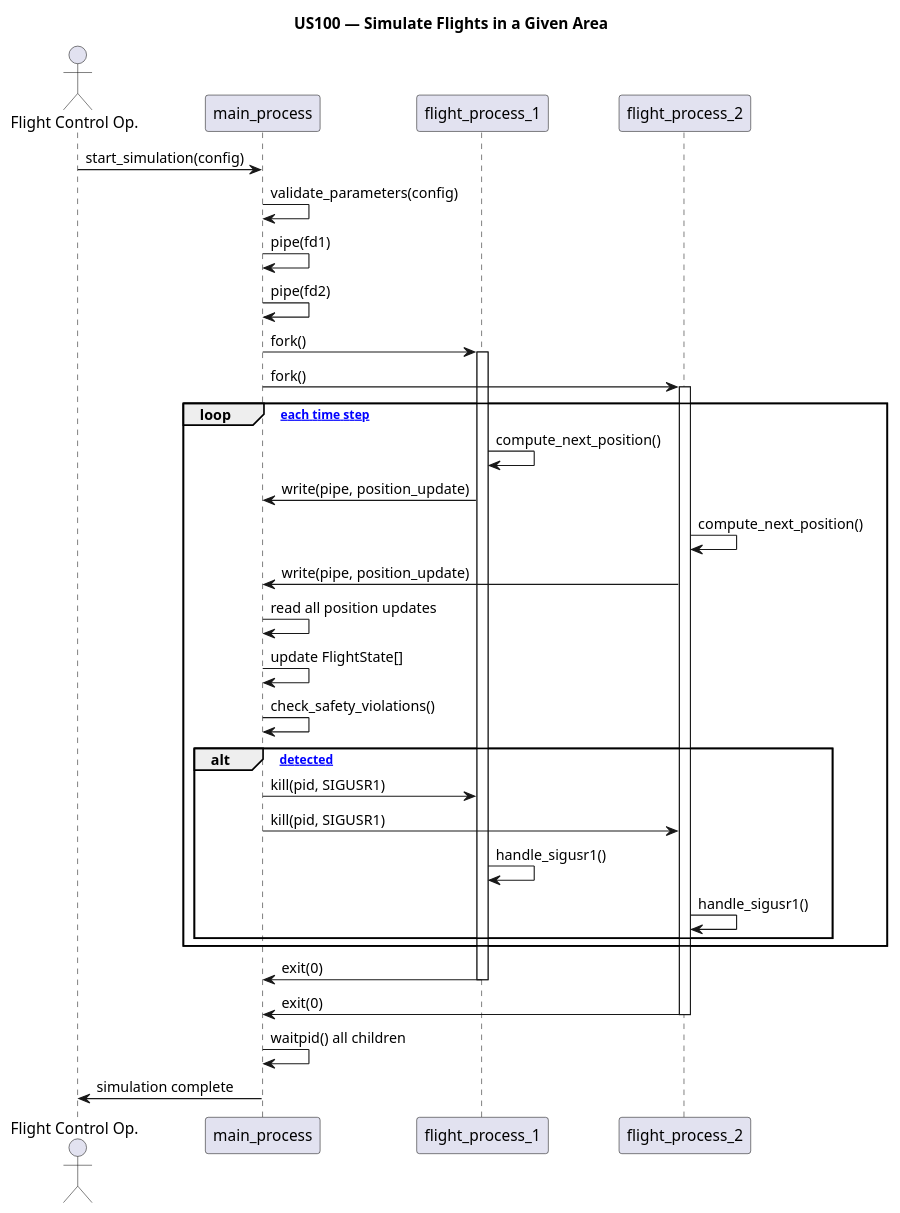
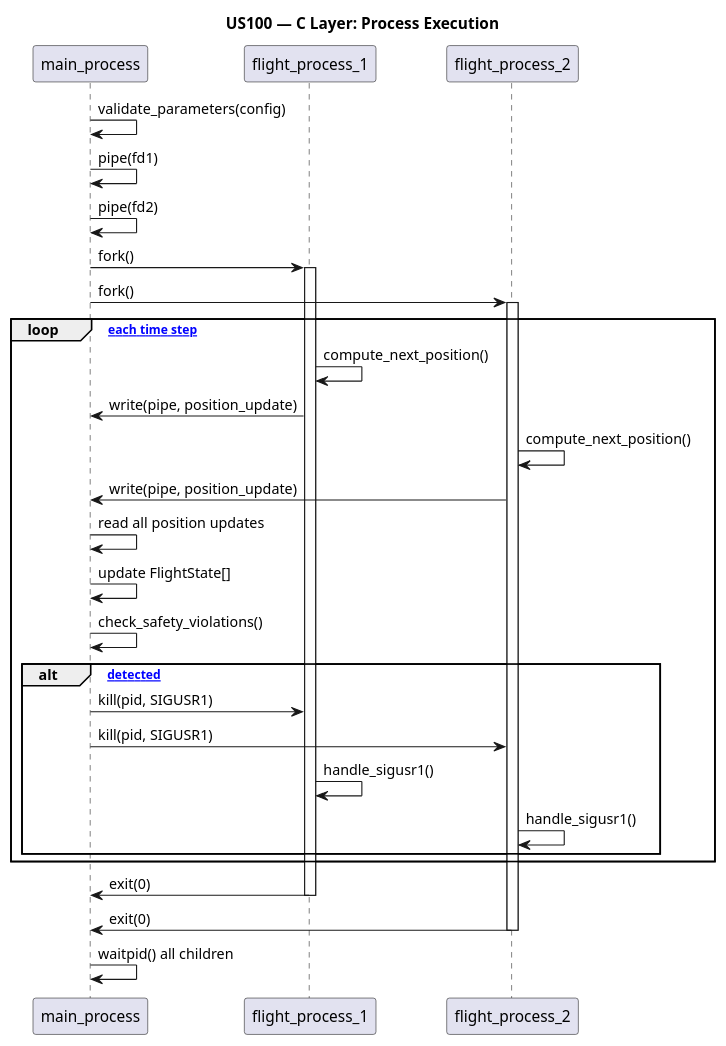
One commit to DuartePinto1240/sem4pi2526-sem4pi2526_2da2 changed the fourth of 4 diagrams in docs/Sprint 2/SCOMP/US100/US0100.md. Above: the diagram before and after it, drawn with PlantUML. The commit also changed other lines of this file and 2 other files, not shown here.

Commit message:
US100 md, class diagram and sequence diagram #96

````diff
--- a/docs/Sprint 2/SCOMP/US100/US0100.md
+++ b/docs/Sprint 2/SCOMP/US100/US0100.md
@@ -200,47 +380,45 @@
 ```plantuml
-@startuml US100-sequence-diagram
-title US100 — Simulate Flights in a Given Area
+@startuml US100-sequence-c
+title US100 — C Layer: Process Execution
 
-actor "Flight Control Op." as FCO
 participant "main_process" as MAIN
 participant "flight_process_1" as FP1
 participant "flight_process_2" as FP2
 
-FCO -> MAIN : start_simulation(config)
 MAIN -> MAIN : validate_parameters(config)
 MAIN -> MAIN : pipe(fd1)
 MAIN -> MAIN : pipe(fd2)
 
 MAIN -> FP1 : fork()
 activate FP1
 MAIN -> FP2 : fork()
 activate FP2
 
 loop [for each time step]
     FP1 -> FP1 : compute_next_position()
     FP1 -> MAIN : write(pipe, position_update)
 
     FP2 -> FP2 : compute_next_position()
     FP2 -> MAIN : write(pipe, position_update)
 
     MAIN -> MAIN : read all position updates
     MAIN -> MAIN : update FlightState[]
     MAIN -> MAIN : check_safety_violations()
 
     alt [violation detected]
         MAIN -> FP1 : kill(pid, SIGUSR1)
         MAIN -> FP2 : kill(pid, SIGUSR1)
         FP1 -> FP1 : handle_sigusr1()
         FP2 -> FP2 : handle_sigusr1()
     end
 end
 
 FP1 -> MAIN : exit(0)
 deactivate FP1
 FP2 -> MAIN : exit(0)
 deactivate FP2
 
 MAIN -> MAIN : waitpid() all children
-MAIN -> FCO : simulation complete
+
 @enduml
 ```
````
